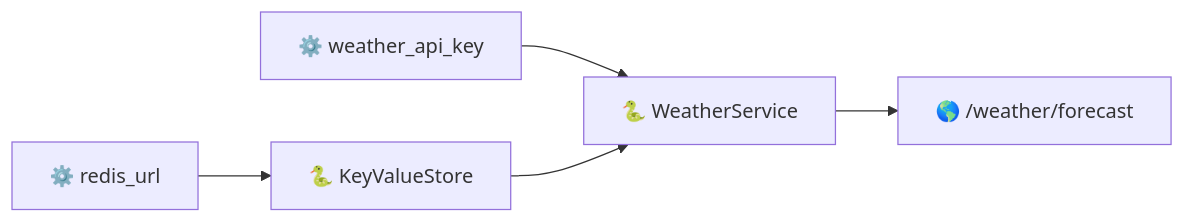
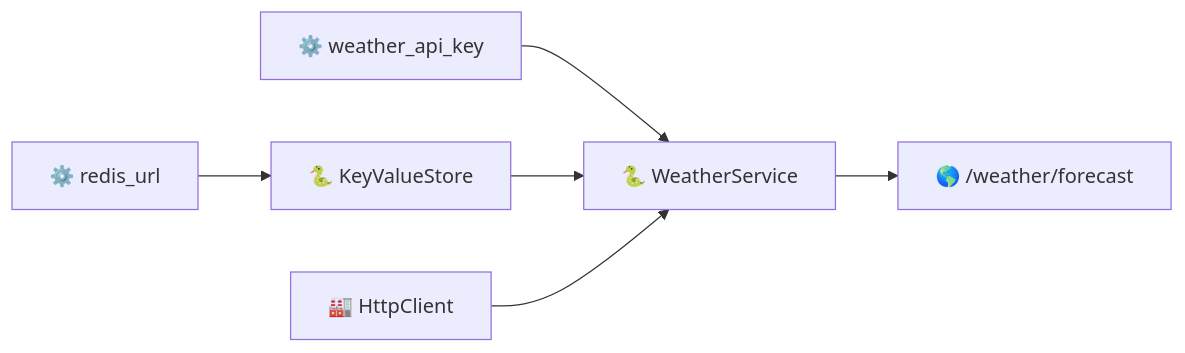
One commit to maldoinc/wireup changed the diagram in docs/pages/getting_started.md. Above: the diagram before and after it, drawn with Mermaid. The commit also changed other lines of this file and 2 other files, not shown here.

````diff
--- a/docs/pages/getting_started.md
+++ b/docs/pages/getting_started.md
@@ -15,13 +18,15 @@
 ``` mermaid
 graph LR
     A --> C
     B --> D
     C --> D
     D --> E
+    F --> D
 
     A[⚙️ redis_url]
     B[⚙️ weather_api_key]
     C[🐍 KeyValueStore]
     D[🐍 WeatherService]
     E[🌎 /weather/forecast]
+    F[🏭 HttpClient]
 ```
````
